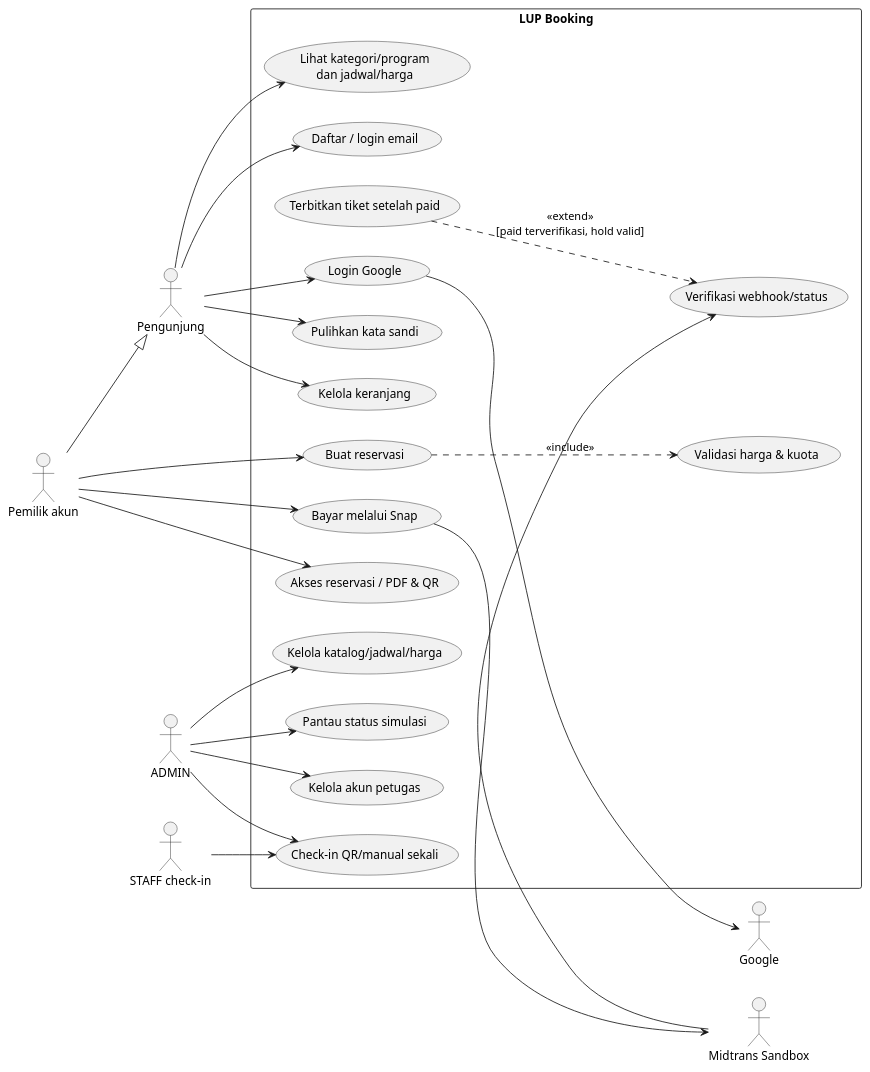
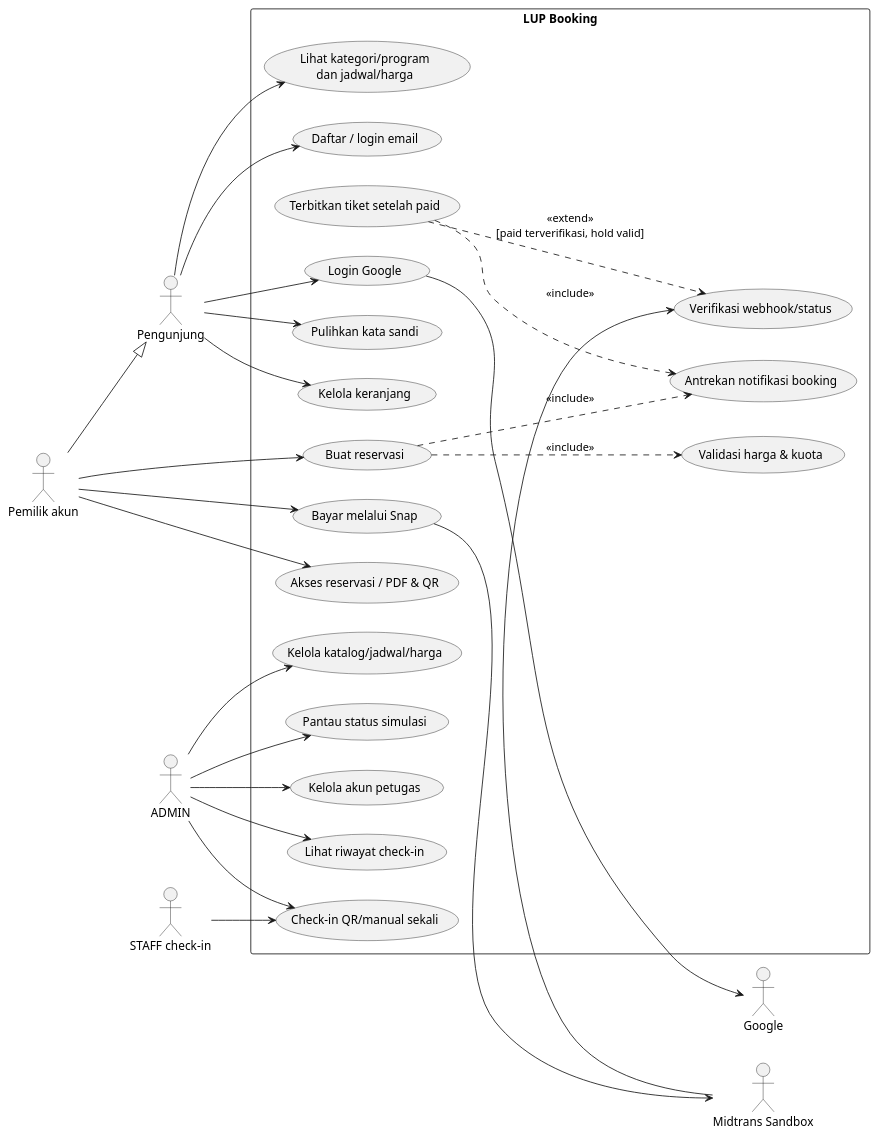
The diagram in docs/booking/diagrams/use-cases.puml (rifdanhd/lembur.udjo), drawn with PlantUML before and after one commit. The commit also changed 47 other files, not shown here.

```diff
--- a/docs/booking/diagrams/use-cases.puml
+++ b/docs/booking/diagrams/use-cases.puml
@@ -1,45 +1,50 @@
 @startuml
 left to right direction
 actor Pengunjung
 actor "Pemilik akun" as Customer
 actor ADMIN
 actor "STAFF check-in" as Staff
 actor "Midtrans Sandbox" as Midtrans
 actor Google
 rectangle "LUP Booking" {
  usecase "Lihat kategori/program\ndan jadwal/harga" as Catalog
  usecase "Daftar / login email" as Login
  usecase "Login Google" as OAuth
  usecase "Pulihkan kata sandi" as Reset
  usecase "Kelola keranjang" as Cart
  usecase "Buat reservasi" as Reserve
  usecase "Validasi harga & kuota" as Validate
  usecase "Bayar melalui Snap" as Pay
  usecase "Verifikasi webhook/status" as Webhook
  usecase "Terbitkan tiket setelah paid" as Issue
  usecase "Akses reservasi / PDF & QR" as Ticket
  usecase "Kelola katalog/jadwal/harga" as Manage
  usecase "Pantau status simulasi" as Monitor
  usecase "Kelola akun petugas" as Users
+ usecase "Lihat riwayat check-in" as History
+ usecase "Antrekan notifikasi booking" as EmailQueue
  usecase "Check-in QR/manual sekali" as Checkin
 }
 Pengunjung --> Catalog
 Pengunjung --> Login
 Pengunjung --> OAuth
 Pengunjung --> Reset
 Pengunjung --> Cart
 Customer --|> Pengunjung
 Customer --> Reserve
 Reserve ..> Validate : <<include>>
 Customer --> Pay
 Customer --> Ticket
 OAuth --> Google
 Pay --> Midtrans
 Midtrans --> Webhook
 Issue ..> Webhook : <<extend>>\n[paid terverifikasi, hold valid]
 ADMIN --> Manage
 ADMIN --> Monitor
 ADMIN --> Users
+ADMIN --> History
+Reserve ..> EmailQueue : <<include>>
+Issue ..> EmailQueue : <<include>>
 ADMIN --> Checkin
 Staff --> Checkin
 @enduml
```
